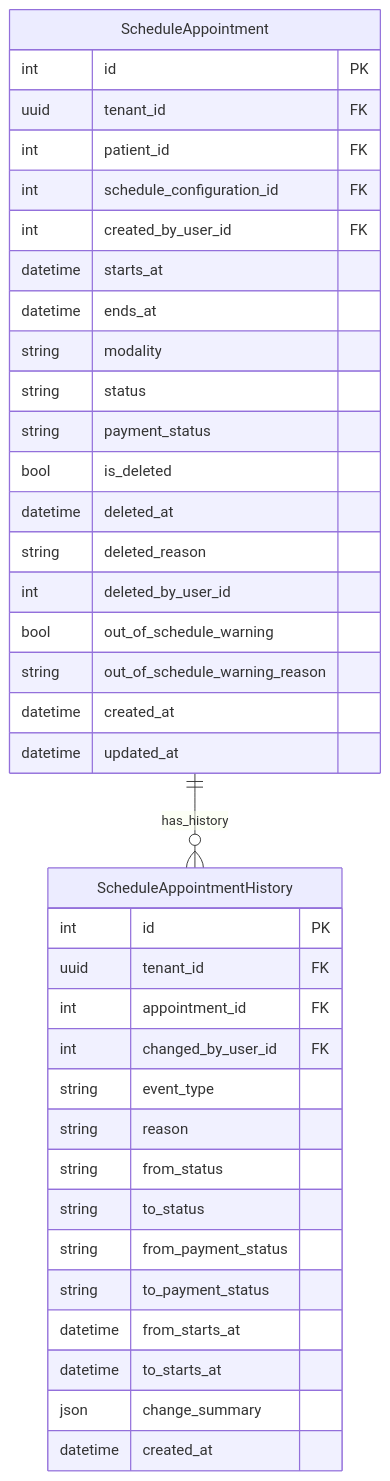
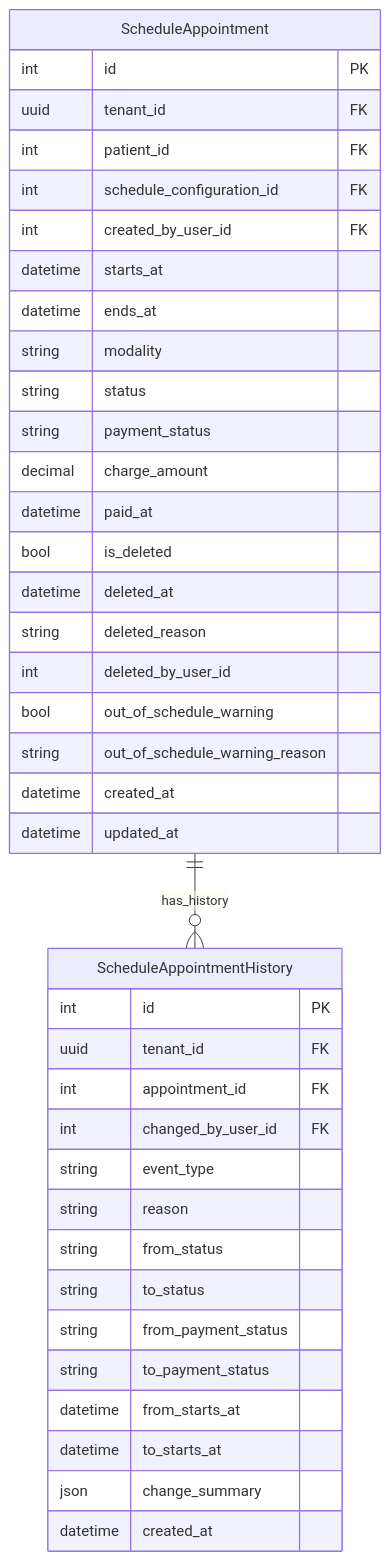
The third of 3 diagrams in docs/features/schedule.md (adriangpo/mindflow-api), drawn with Mermaid before and after one commit. The commit also changed other lines of this file and 17 other files, not shown here.

````diff
--- a/docs/features/schedule.md
+++ b/docs/features/schedule.md
@@ -71,42 +71,44 @@
 ```mermaid
 erDiagram
     ScheduleAppointment ||--o{ ScheduleAppointmentHistory : "has_history"
 
     ScheduleAppointment {
         int id PK
         uuid tenant_id FK
         int patient_id FK
         int schedule_configuration_id FK
         int created_by_user_id FK
         datetime starts_at
         datetime ends_at
         string modality
         string status
         string payment_status
+        decimal charge_amount
+        datetime paid_at
         bool is_deleted
         datetime deleted_at
         string deleted_reason
         int deleted_by_user_id
         bool out_of_schedule_warning
         string out_of_schedule_warning_reason
         datetime created_at
         datetime updated_at
     }
 
     ScheduleAppointmentHistory {
         int id PK
         uuid tenant_id FK
         int appointment_id FK
         int changed_by_user_id FK
         string event_type
         string reason
         string from_status
         string to_status
         string from_payment_status
         string to_payment_status
         datetime from_starts_at
         datetime to_starts_at
         json change_summary
         datetime created_at
     }
 ```
````
